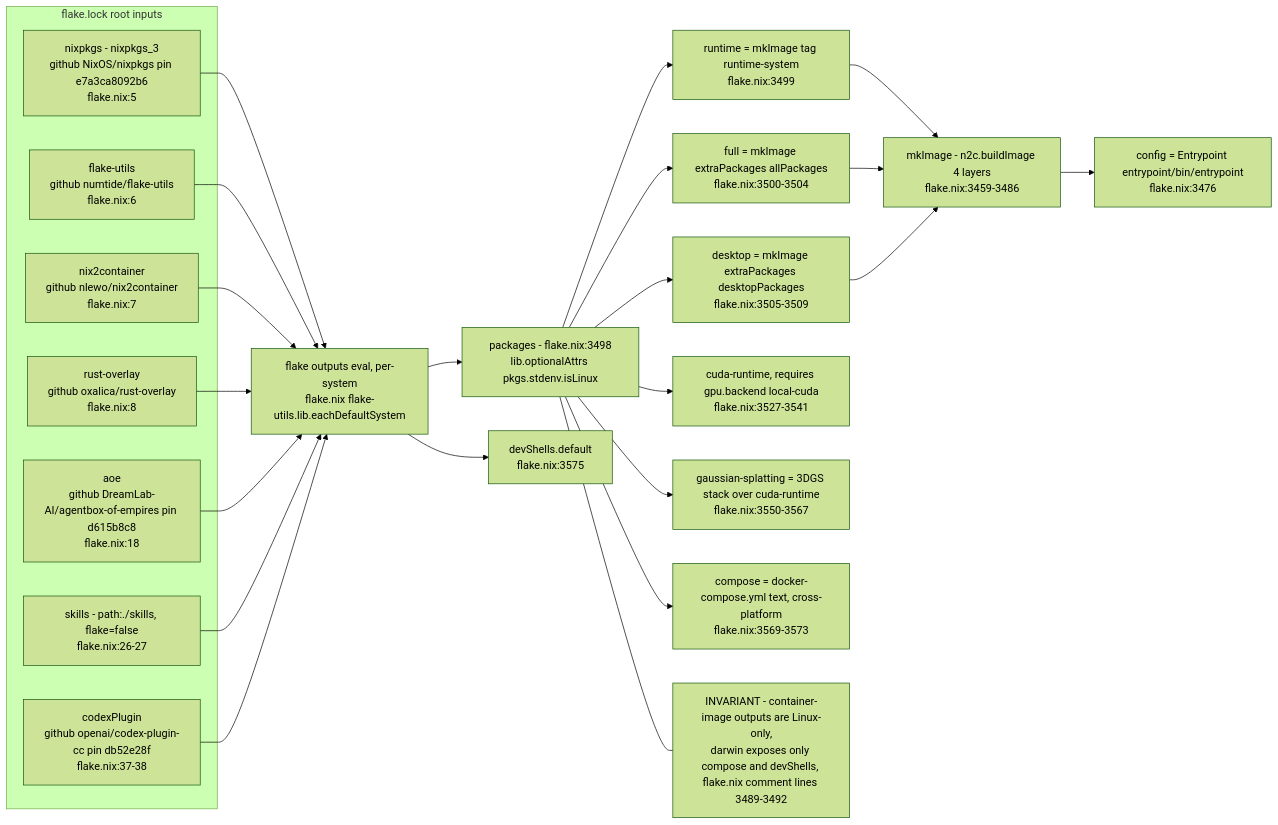
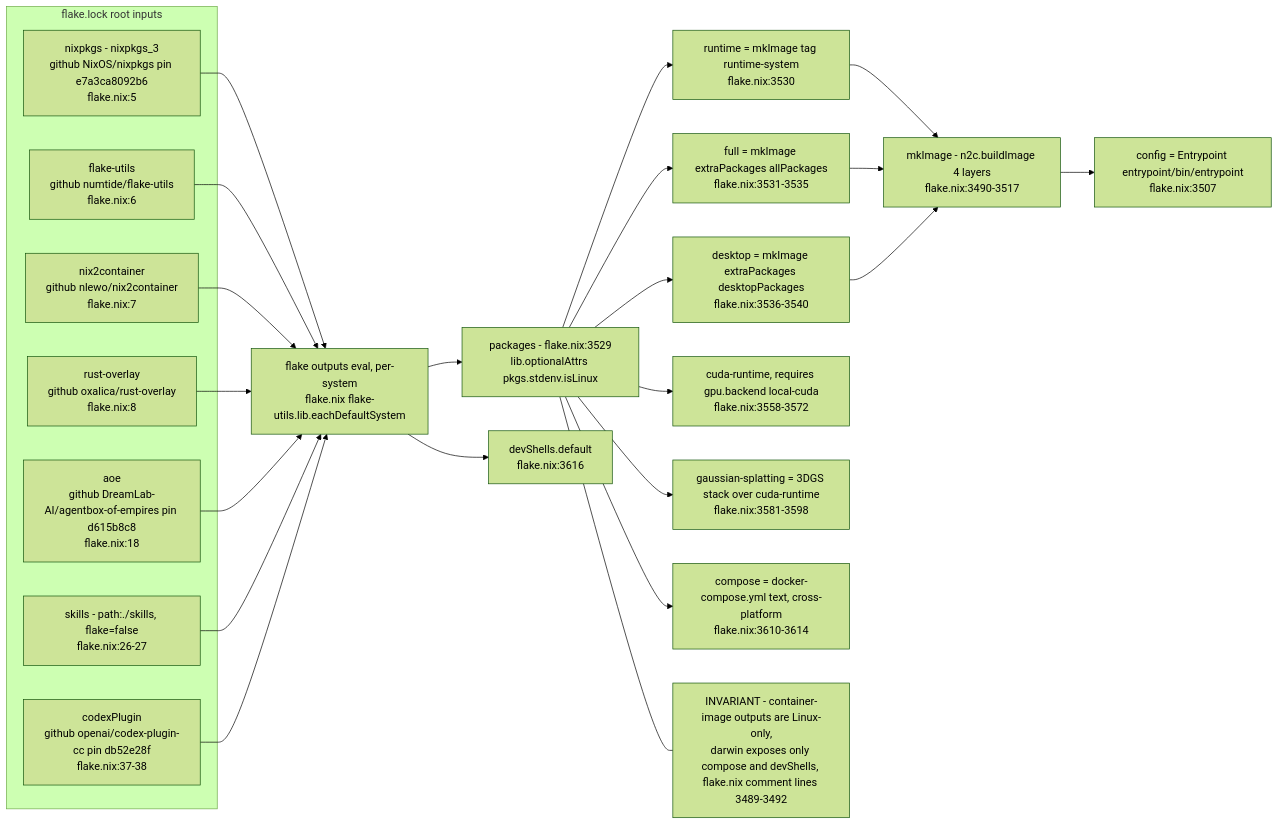
One commit to DreamLab-AI/AR-AI-Knowledge-Graph changed the ninth of 10 diagrams in docs/diagrams/agentbox/01-nix-flake-composition.md. Above: the diagram before and after it, drawn with Mermaid (forest theme). The commit also changed other lines of this file and 73 other files, not shown here.

First line of the commit message:
docs(diagrams): re-verify all 71 topic files against HEAD; add --cite-check

````diff
--- a/docs/diagrams/agentbox/01-nix-flake-composition.md
+++ b/docs/diagrams/agentbox/01-nix-flake-composition.md
@@ -359,39 +359,39 @@
 ```mermaid
 flowchart LR
     subgraph INPUTS["flake.lock root inputs"]
         NIXPKGS["nixpkgs - nixpkgs_3<br/>github NixOS/nixpkgs pin e7a3ca8092b6<br/>flake.nix:5"]
         FU["flake-utils<br/>github numtide/flake-utils<br/>flake.nix:6"]
         N2C["nix2container<br/>github nlewo/nix2container<br/>flake.nix:7"]
         RO["rust-overlay<br/>github oxalica/rust-overlay<br/>flake.nix:8"]
         AOE["aoe<br/>github DreamLab-AI/agentbox-of-empires pin d615b8c8<br/>flake.nix:18"]
         SKILLS["skills - path:./skills, flake=false<br/>flake.nix:26-27"]
         CODEX["codexPlugin<br/>github openai/codex-plugin-cc pin db52e28f<br/>flake.nix:37-38"]
     end
 
     NIXPKGS --> EVAL["flake outputs eval, per-system<br/>flake.nix flake-utils.lib.eachDefaultSystem"]
     FU --> EVAL
     N2C --> EVAL
     RO --> EVAL
     AOE --> EVAL
     SKILLS --> EVAL
     CODEX --> EVAL
 
-    EVAL --> PACKAGES["packages - flake.nix:3498<br/>lib.optionalAttrs pkgs.stdenv.isLinux"]
-    EVAL --> DEVSHELL["devShells.default<br/>flake.nix:3575"]
+    EVAL --> PACKAGES["packages - flake.nix:3529<br/>lib.optionalAttrs pkgs.stdenv.isLinux"]
+    EVAL --> DEVSHELL["devShells.default<br/>flake.nix:3616"]
 
-    PACKAGES --> RUNTIME["runtime = mkImage tag runtime-system<br/>flake.nix:3499"]
-    PACKAGES --> FULL["full = mkImage extraPackages allPackages<br/>flake.nix:3500-3504"]
-    PACKAGES --> DESKTOP["desktop = mkImage extraPackages desktopPackages<br/>flake.nix:3505-3509"]
-    PACKAGES --> CUDART["cuda-runtime, requires gpu.backend local-cuda<br/>flake.nix:3527-3541"]
-    PACKAGES --> GSPLAT["gaussian-splatting = 3DGS stack over cuda-runtime<br/>flake.nix:3550-3567"]
-    PACKAGES --> COMPOSE["compose = docker-compose.yml text, cross-platform<br/>flake.nix:3569-3573"]
+    PACKAGES --> RUNTIME["runtime = mkImage tag runtime-system<br/>flake.nix:3530"]
+    PACKAGES --> FULL["full = mkImage extraPackages allPackages<br/>flake.nix:3531-3535"]
+    PACKAGES --> DESKTOP["desktop = mkImage extraPackages desktopPackages<br/>flake.nix:3536-3540"]
+    PACKAGES --> CUDART["cuda-runtime, requires gpu.backend local-cuda<br/>flake.nix:3558-3572"]
+    PACKAGES --> GSPLAT["gaussian-splatting = 3DGS stack over cuda-runtime<br/>flake.nix:3581-3598"]
+    PACKAGES --> COMPOSE["compose = docker-compose.yml text, cross-platform<br/>flake.nix:3610-3614"]
 
-    RUNTIME --> MKIMG["mkImage - n2c.buildImage 4 layers<br/>flake.nix:3459-3486"]
+    RUNTIME --> MKIMG["mkImage - n2c.buildImage 4 layers<br/>flake.nix:3490-3517"]
     FULL --> MKIMG
     DESKTOP --> MKIMG
 
-    MKIMG --> ENTRYPOINT["config = Entrypoint entrypoint/bin/entrypoint<br/>flake.nix:3476"]
+    MKIMG --> ENTRYPOINT["config = Entrypoint entrypoint/bin/entrypoint<br/>flake.nix:3507"]
 
     NOTE1["INVARIANT - container-image outputs are Linux-only,<br/>darwin exposes only compose and devShells, flake.nix comment lines 3489-3492"]
     PACKAGES --- NOTE1
 ```
````
